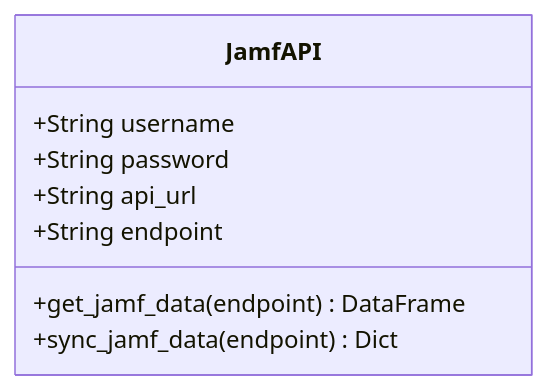
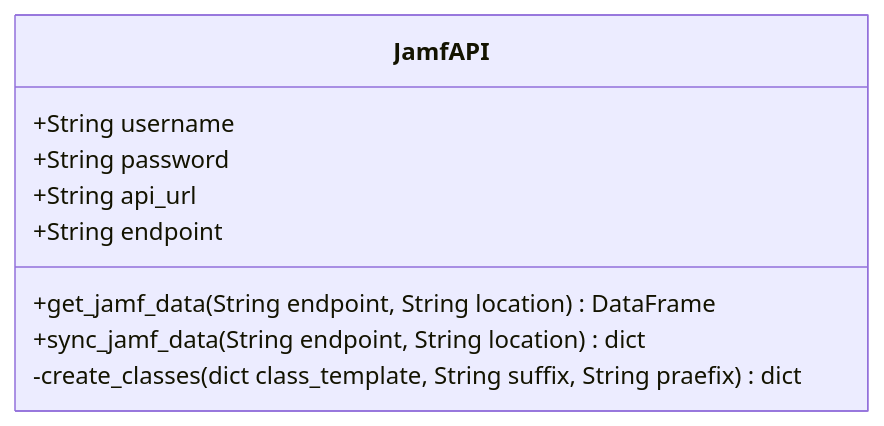
Before and after one commit to ervinkurbegovic/jamfsync: the second of 3 diagrams in README.md, drawn with Mermaid.

Commit message:
Added _create_classes method to mermaid

````diff
--- a/README.md
+++ b/README.md
@@ -54,11 +54,12 @@
 ```mermaid
 classDiagram
     class JamfAPI{
       +String username
       +String password
       +String api_url
       +String endpoint
-      +get_jamf_data(endpoint) DataFrame
-      +sync_jamf_data(endpoint) Dict
+      +get_jamf_data(String endpoint, String location) DataFrame
+      +sync_jamf_data(String endpoint, String location) dict
+      -create_classes(dict class_template, String suffix, String praefix) dict
     }
 ```
````
